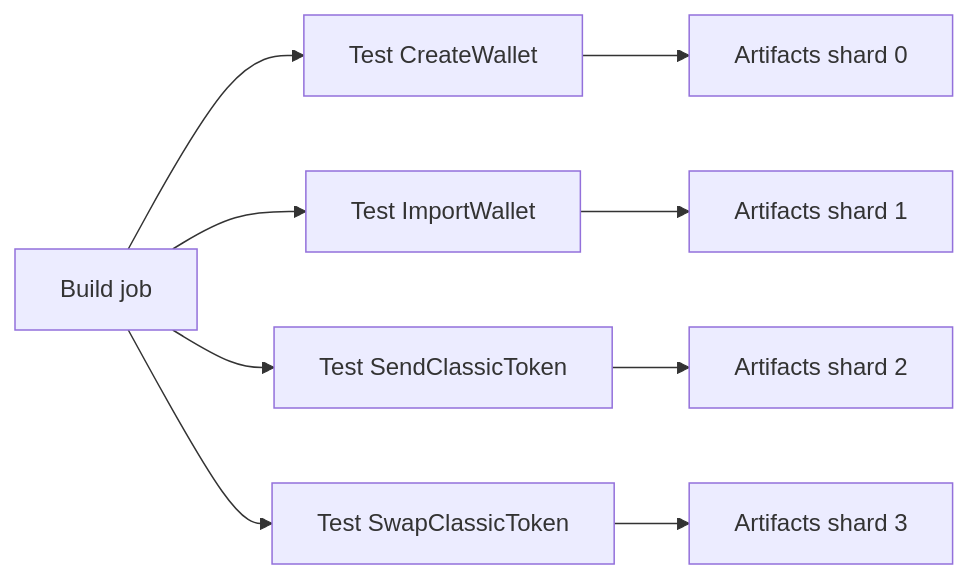
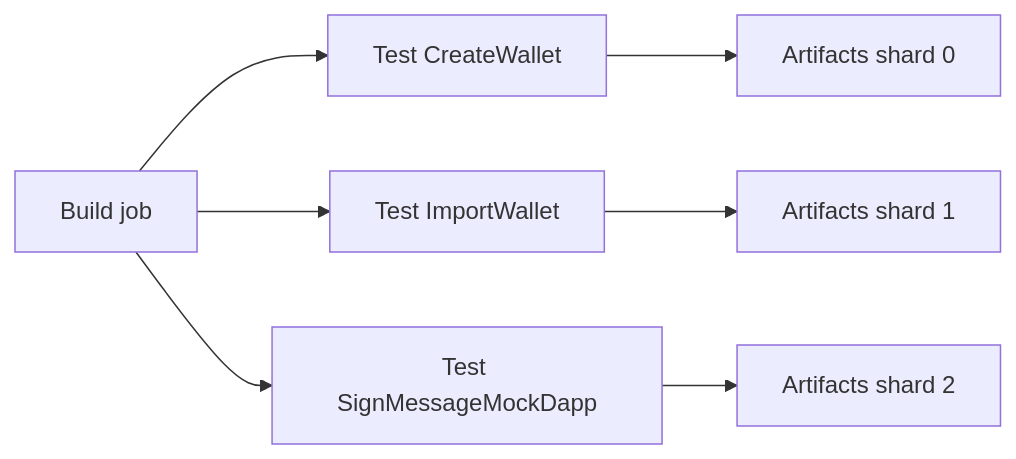
The second of 2 diagrams in e2e/docs/ci-and-triggers.md (stellar/freighter-mobile), drawn with Mermaid before and after one commit. The commit also changed other lines of this file and 77 other files, not shown here.

First line of the commit message:
dApp Sign Message  (#723)

````diff
--- a/e2e/docs/ci-and-triggers.md
+++ b/e2e/docs/ci-and-triggers.md
@@ -37,11 +37,9 @@
 ```mermaid
 flowchart LR
   BUILD[Build job] --> A[Test CreateWallet]
   BUILD --> B[Test ImportWallet]
-  BUILD --> C[Test SendClassicToken]
-  BUILD --> D[Test SwapClassicToken]
+  BUILD --> C[Test SignMessageMockDapp]
   A --> ART_A[Artifacts shard 0]
   B --> ART_B[Artifacts shard 1]
   C --> ART_C[Artifacts shard 2]
-  D --> ART_D[Artifacts shard 3]
 ```
````
